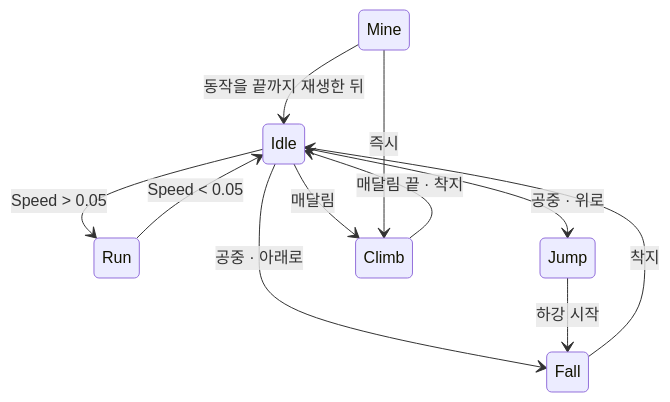
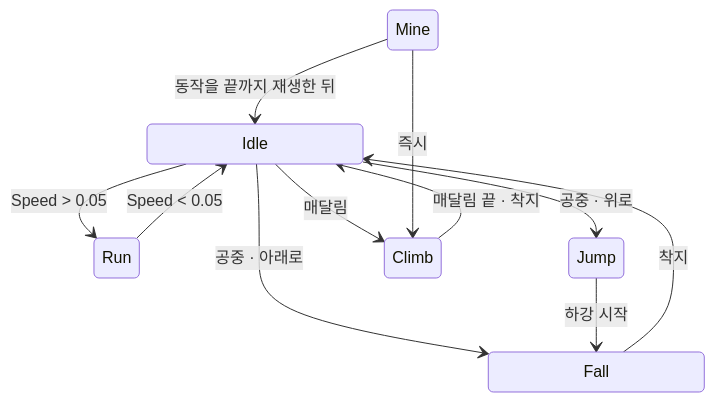
Before and after one commit to ashadeveloperr/ashadeveloperr.github.io: the ninth of 9 diagrams in src/1-folk-sack/기술문서.md, drawn with Mermaid. The commit also changed 9 other files, not shown here.

Commit message:
다이어그램 엔진 반영: 화살표 직각·%% 격자·%% 화살표, mermaid 11.12.0 (작업 저장소 3057f25)

````diff
--- a/src/1-folk-sack/기술문서.md
+++ b/src/1-folk-sack/기술문서.md
@@ -456,13 +456,20 @@
 ```mermaid
 stateDiagram-v2
+  %% 격자: - Mine - | Climb Idle Run | - Jump - | - Fall -
+  %% 격자 열 간격: 130
+  %% 화살표 Idle -> Fall: 나감=아래 들어감=위 자리=왼쪽
+  %% 화살표 Fall -> Idle: 나감=위 들어감=아래 자리=오른쪽
+  %% 화살표 Mine -> Climb: 나감=왼쪽 들어감=위
+  state "<div style=width:200px>Idle</div>" as Idle
+  state "<div style=width:200px>Fall</div>" as Fall
   Idle --> Run: Speed > 0.05
   Run --> Idle: Speed < 0.05
   Idle --> Jump: 공중 · 위로
   Idle --> Fall: 공중 · 아래로
   Jump --> Fall: 하강 시작
   Fall --> Idle: 착지
   Idle --> Climb: 매달림
   Climb --> Idle: 매달림 끝 · 착지
   Mine --> Idle: 동작을 끝까지 재생한 뒤
   Mine --> Climb: 즉시
 ```
````
